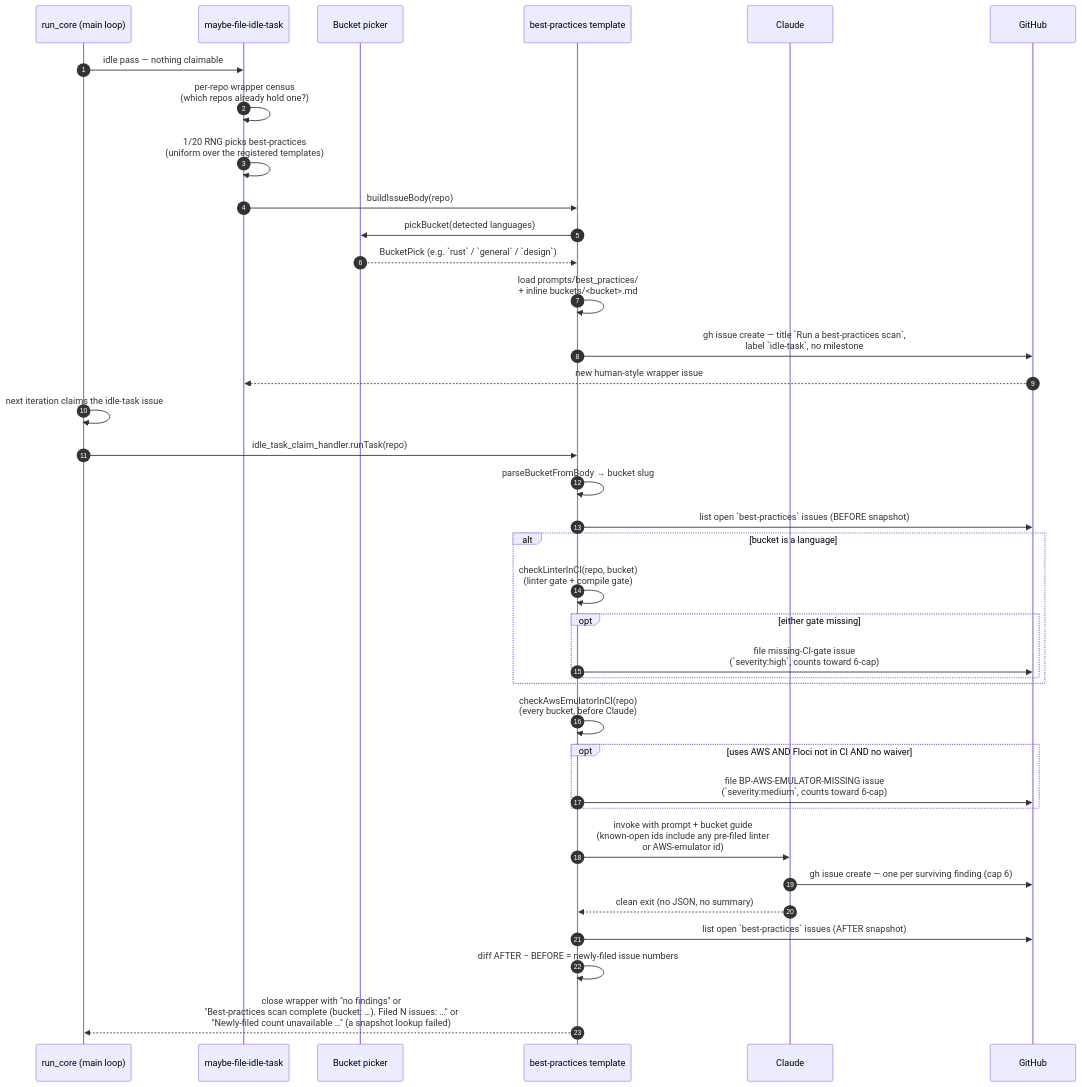
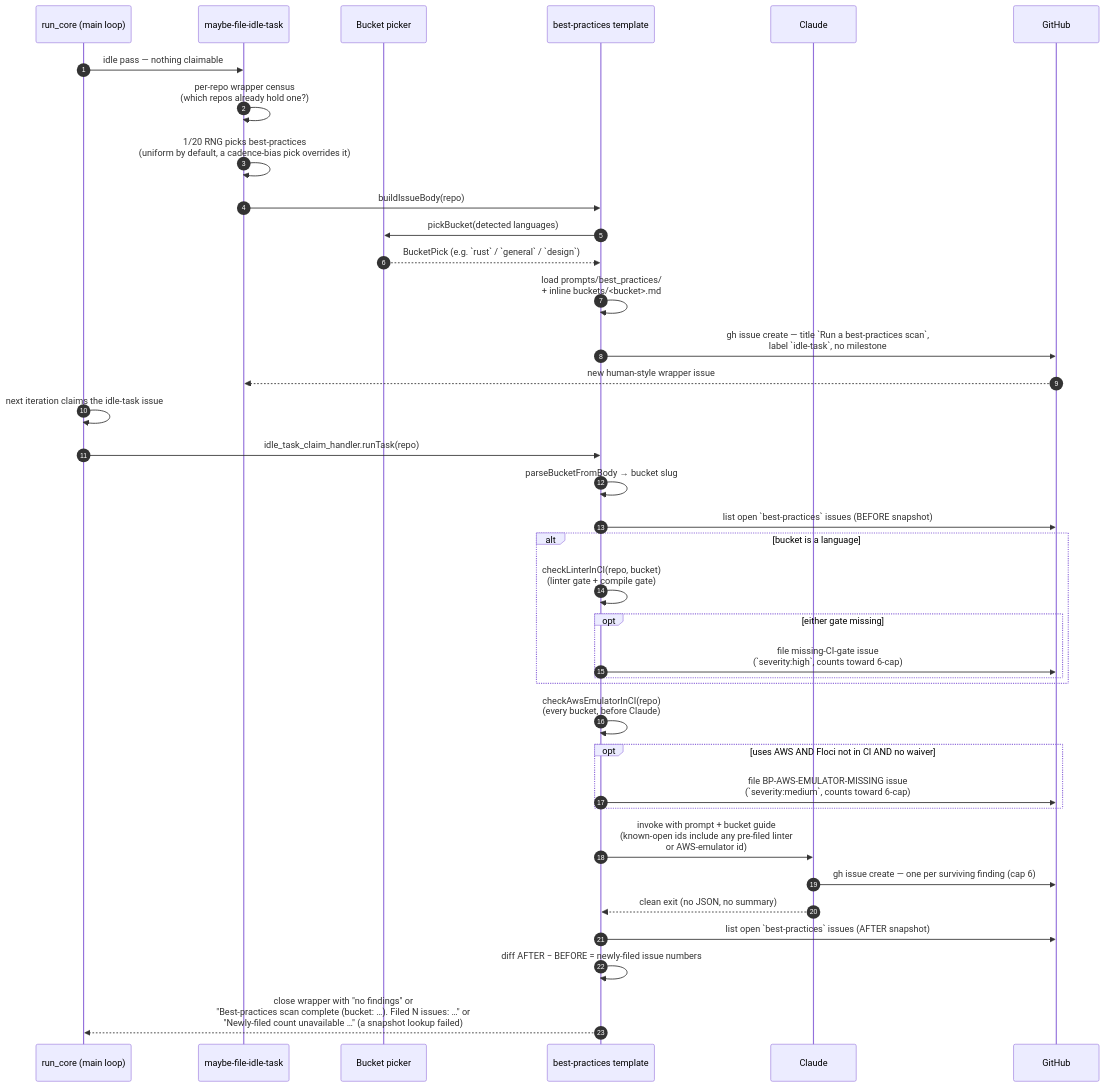
Before and after one commit to stSoftwareAU/VibeCoder: the second of 4 diagrams in docs/BEST-PRACTICES-SCAN.md, drawn with Mermaid. The commit also changed other lines of this file and 13 other files, not shown here.

````diff
--- a/docs/BEST-PRACTICES-SCAN.md
+++ b/docs/BEST-PRACTICES-SCAN.md
@@ -303,40 +303,40 @@
 ```mermaid
 sequenceDiagram
     autonumber
     participant Main as run_core (main loop)
     participant Filer as maybe-file-idle-task
     participant Picker as Bucket picker
     participant Template as best-practices template
     participant Claude
     participant GH as GitHub
 
     Main->>Filer: idle pass — nothing claimable
     Filer->>Filer: per-repo wrapper census<br/>(which repos already hold one?)
-    Filer->>Filer: 1/20 RNG picks best-practices<br/>(uniform over the registered templates)
+    Filer->>Filer: 1/20 RNG picks best-practices<br/>(uniform by default, a cadence-bias pick overrides it)
     Filer->>Template: buildIssueBody(repo)
     Template->>Picker: pickBucket(detected languages)
     Picker-->>Template: BucketPick (e.g. `rust` / `general` / `design`)
     Template->>Template: load prompts/best_practices/<br/>+ inline buckets/<bucket>.md
     Template->>GH: gh issue create — title `Run a best-practices scan`,<br/>label `idle-task`, no milestone
     GH-->>Filer: new human-style wrapper issue
     Main->>Main: next iteration claims the idle-task issue
     Main->>Template: idle_task_claim_handler.runTask(repo)
     Template->>Template: parseBucketFromBody → bucket slug
     Template->>GH: list open `best-practices` issues (BEFORE snapshot)
     alt bucket is a language
         Template->>Template: checkLinterInCI(repo, bucket)<br/>(linter gate + compile gate)
         opt either gate missing
             Template->>GH: file missing-CI-gate issue<br/>(`severity:high`, counts toward 6-cap)
         end
     end
     Template->>Template: checkAwsEmulatorInCI(repo)<br/>(every bucket, before Claude)
     opt uses AWS AND Floci not in CI AND no waiver
         Template->>GH: file BP-AWS-EMULATOR-MISSING issue<br/>(`severity:medium`, counts toward 6-cap)
     end
     Template->>Claude: invoke with prompt + bucket guide<br/>(known-open ids include any pre-filed linter<br/>or AWS-emulator id)
     Claude->>GH: gh issue create — one per surviving finding (cap 6)
     Claude-->>Template: clean exit (no JSON, no summary)
     Template->>GH: list open `best-practices` issues (AFTER snapshot)
     Template->>Template: diff AFTER − BEFORE = newly-filed issue numbers
     Template-->>Main: close wrapper with "no findings" or<br/>"Best-practices scan complete (bucket: …). Filed N issues: …" or<br/>"Newly-filed count unavailable …" (a snapshot lookup failed)
 ```
````
